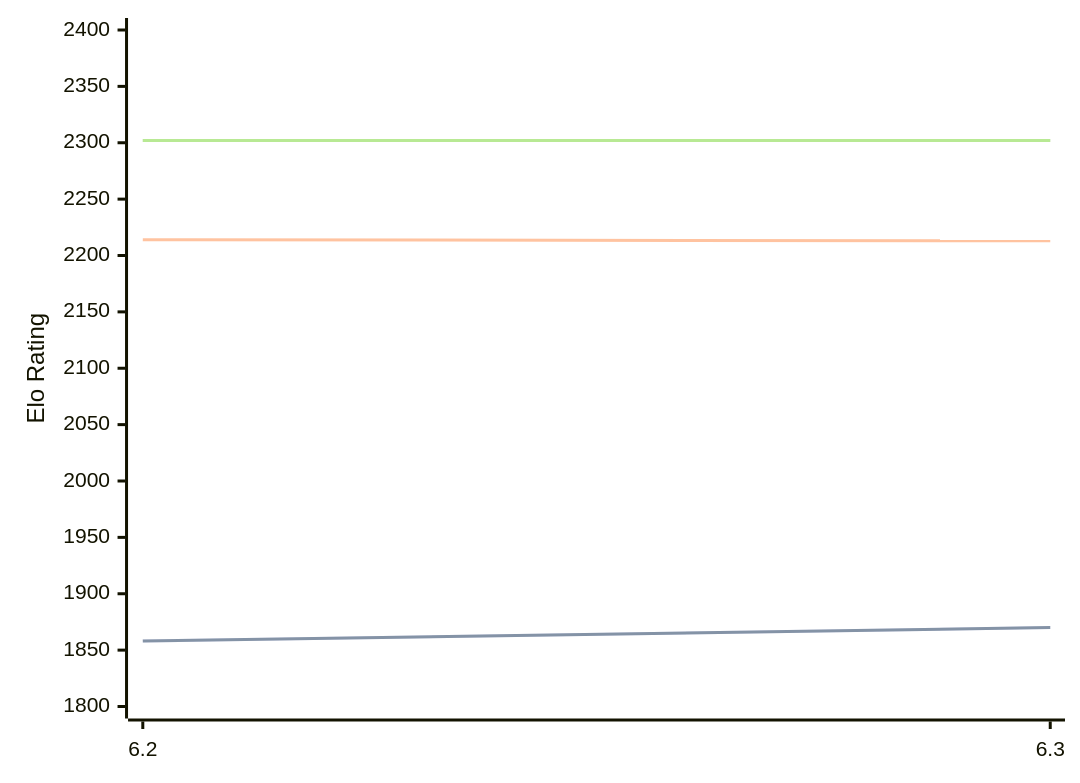
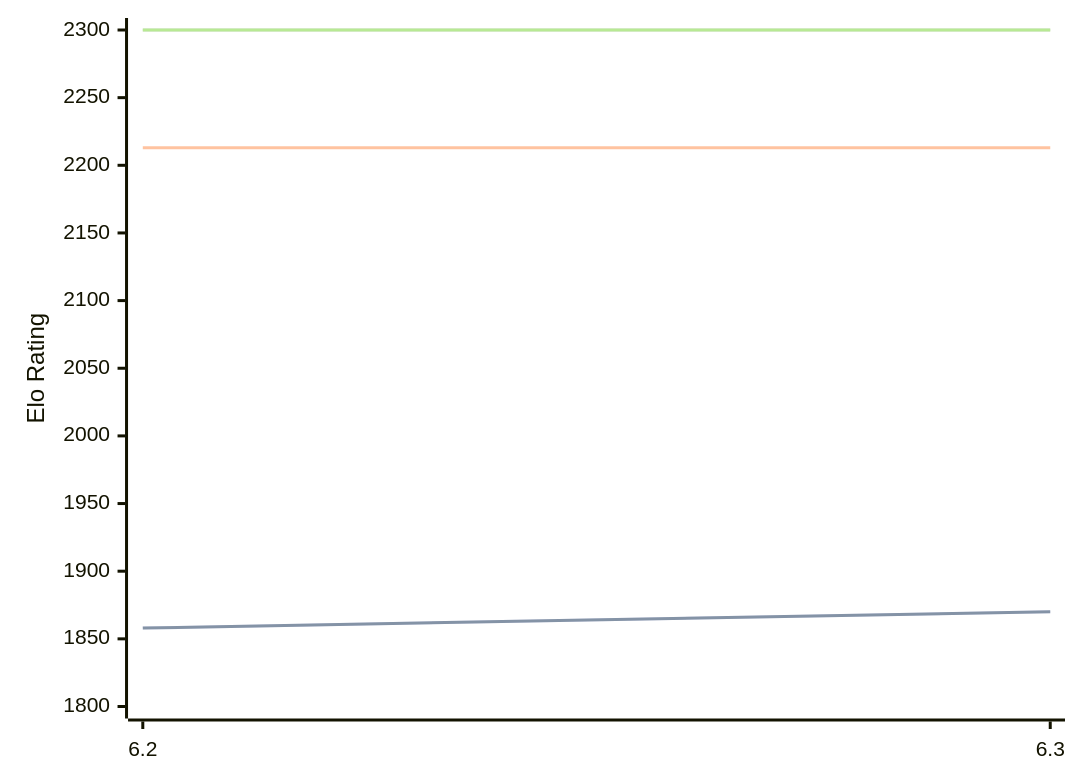
One commit to computer-chess-index/cci changed the diagram in engines/chess4j.md. Above: the diagram before and after it, drawn with Mermaid. The commit also changed other lines of this file, not shown here.

Commit message:
Update CCI Ratings (ELO VLTC) - 2026-10-01

````diff
--- a/engines/chess4j.md
+++ b/engines/chess4j.md
@@ -32,11 +32,11 @@
 ```mermaid
 %%{init: {"theme":"base","themeVariables":{"seriesColors:['#a3a3a3','#222221','#faa371']}}}%%
 xychart-beta
   x-axis ["6.2", "6.3"]
-  y-axis "Elo Rating" 1800 --> 2400
+  y-axis "Elo Rating" 1800 --> 2300
   line "" [1858, 1870]
   line "STC (8.0+0.08s)" [1858, 1870]
-  line "LTC (60.0+0.60s)" [2214, 2213]
-  line "" [2302, 2302]
-  line "VLTC (2m24s+1.12s)" [2302, 2302]
+  line "LTC (60.0+0.60s)" [2213, 2213]
+  line "" [2300, 2300]
+  line "VLTC (2m24s+1.12s)" [2300, 2300]
 ```
````
